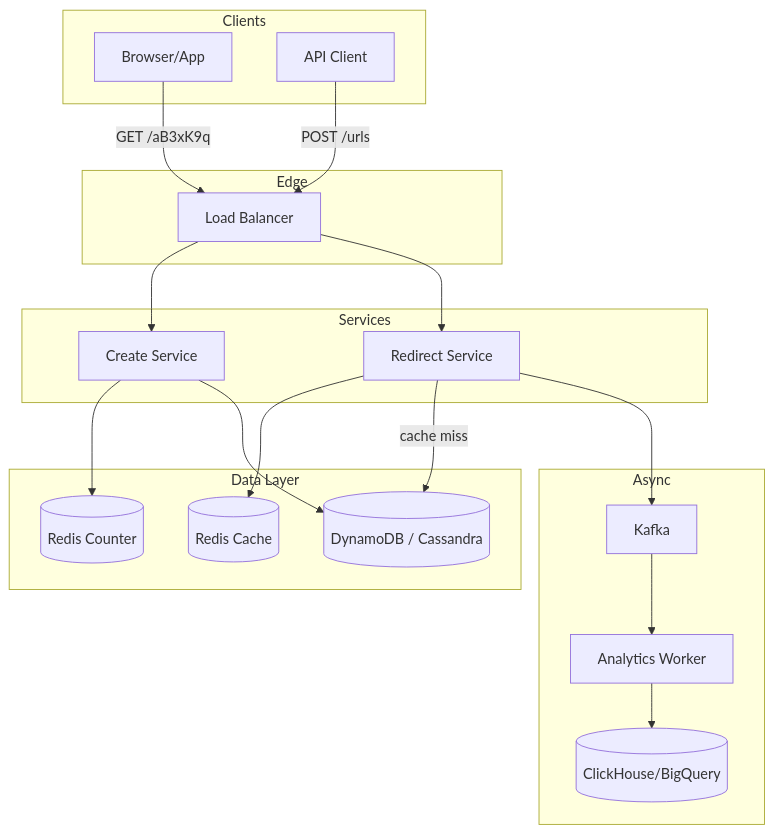
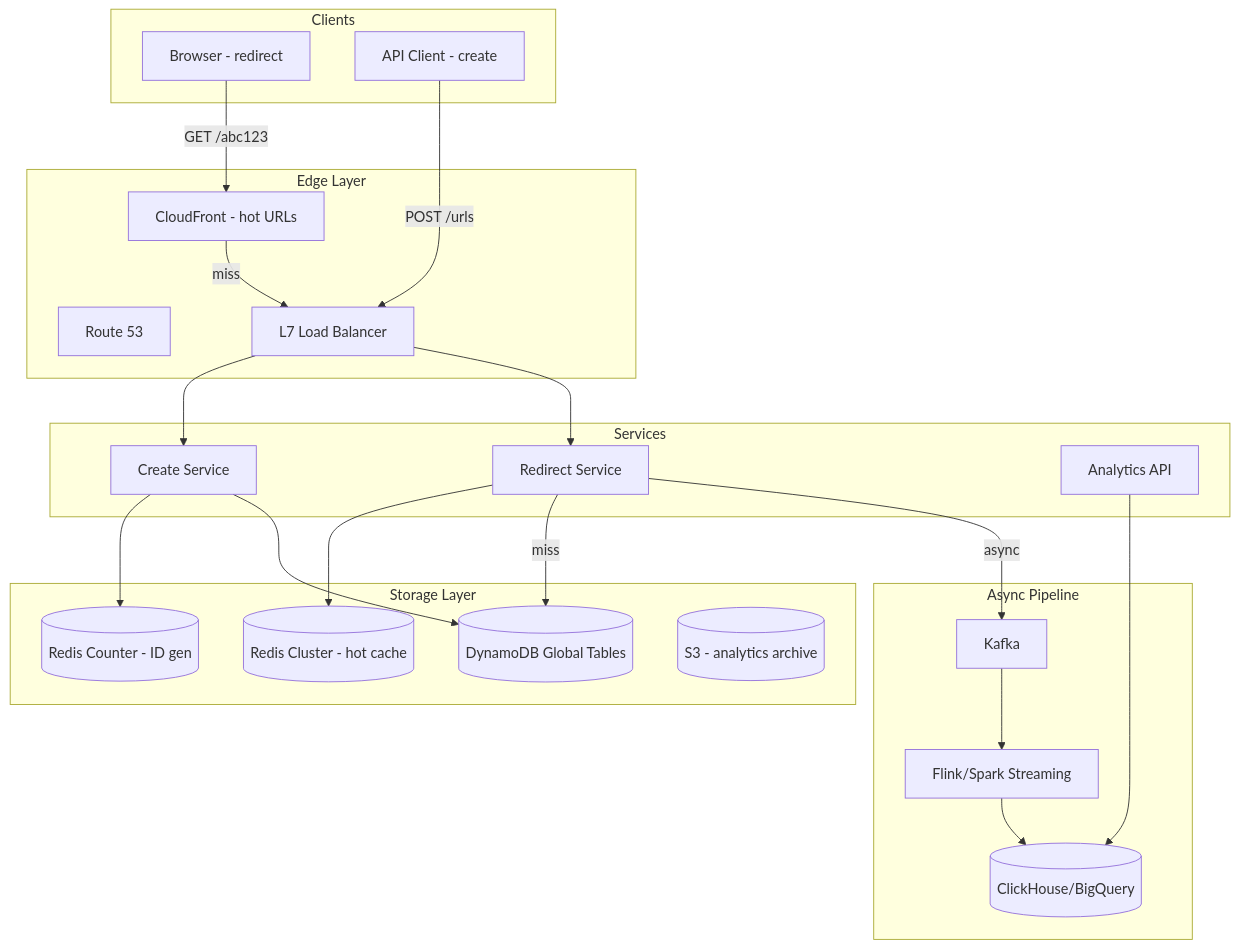
One commit to amarkum/python-datastructures changed the first of 7 diagrams in system-design/url-shortener/README.md. Above: the diagram before and after it, drawn with Mermaid. The commit also changed other lines of this file and 6 other files, not shown here.

First line of the commit message:
Expand system design guides with detailed diagrams, schemas, and indexing.

````diff
--- a/system-design/url-shortener/README.md
+++ b/system-design/url-shortener/README.md
@@ -39,38 +22,43 @@
 ```mermaid
 flowchart TB
     subgraph clients [Clients]
-        Browser[Browser/App]
-        API_Client[API Client]
+        Browser[Browser - redirect]
+        API[API Client - create]
     end
 
-    subgraph edge [Edge]
-        LB[Load Balancer]
+    subgraph edge [Edge Layer]
+        DNS[Route 53]
+        LB[L7 Load Balancer]
+        CDN[CloudFront - hot URLs]
     end
 
     subgraph services [Services]
         Create[Create Service]
         Redirect[Redirect Service]
+        Analytics[Analytics API]
     end
 
-    subgraph async [Async]
+    subgraph async [Async Pipeline]
         Kafka[Kafka]
-        Analytics[Analytics Worker]
-        AggStore[(ClickHouse/BigQuery)]
+        Flink[Flink/Spark Streaming]
+        OLAP[(ClickHouse/BigQuery)]
     end
 
-    subgraph data [Data Layer]
-        Redis[(Redis Cache)]
-        DB[(DynamoDB / Cassandra)]
-        Counter[(Redis Counter)]
+    subgraph storage [Storage Layer]
+        Redis[(Redis Cluster - hot cache)]
+        DB[(DynamoDB Global Tables)]
+        Counter[(Redis Counter - ID gen)]
+        S3[(S3 - analytics archive)]
     end
 
-    API_Client -->|POST /urls| LB --> Create
-    Browser -->|GET /aB3xK9q| LB --> Redirect
+    API -->|POST /urls| LB --> Create
+    Browser -->|GET /abc123| CDN
+    CDN -->|miss| LB --> Redirect
     Create --> Counter
     Create --> DB
     Redirect --> Redis
-    Redirect -->|cache miss| DB
-    Redirect --> Kafka
-    Kafka --> Analytics
-    Analytics --> AggStore
+    Redirect -->|miss| DB
+    Redirect -->|async| Kafka
+    Kafka --> Flink --> OLAP
+    Analytics --> OLAP
 ```
````
